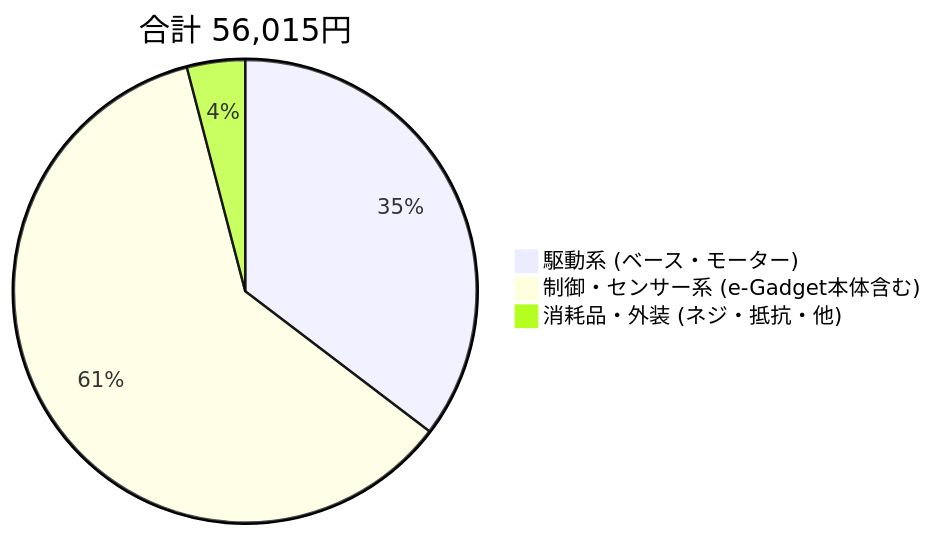
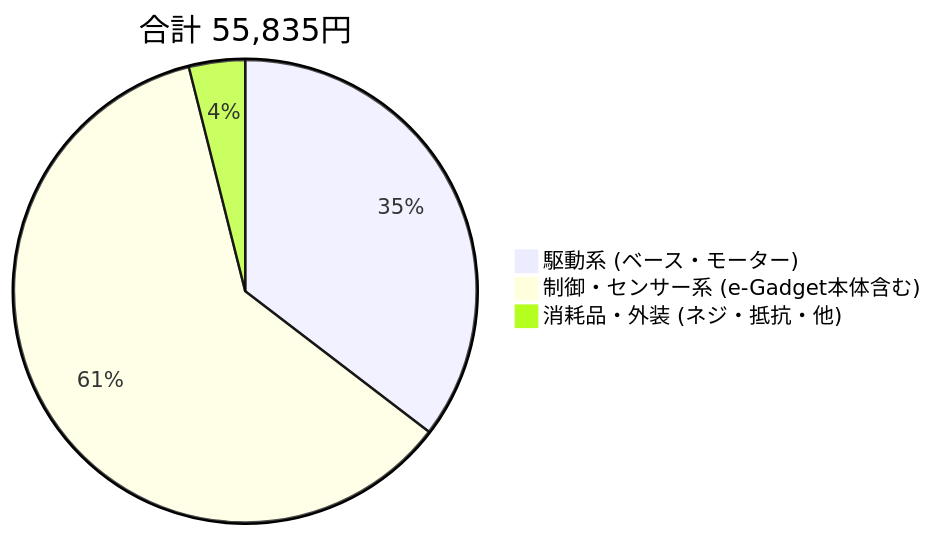
One commit to paruru-05/SC-26 changed the diagram in README.md. Above: the diagram before and after it, drawn with Mermaid. The commit also changed other lines of this file, not shown here.

````diff
--- a/README.md
+++ b/README.md
@@ -225,6 +218,6 @@
 ```mermaid
-pie title 合計 56,015円
+pie title 合計 55,835円
     "駆動系 (ベース・モーター)" : 19800
     "制御・センサー系 (e-Gadget本体含む)" : 33940
-    "消耗品・外装 (ネジ・抵抗・他)" : 2275
+    "消耗品・外装 (ネジ・抵抗・他)" : 2195
 ```
````
